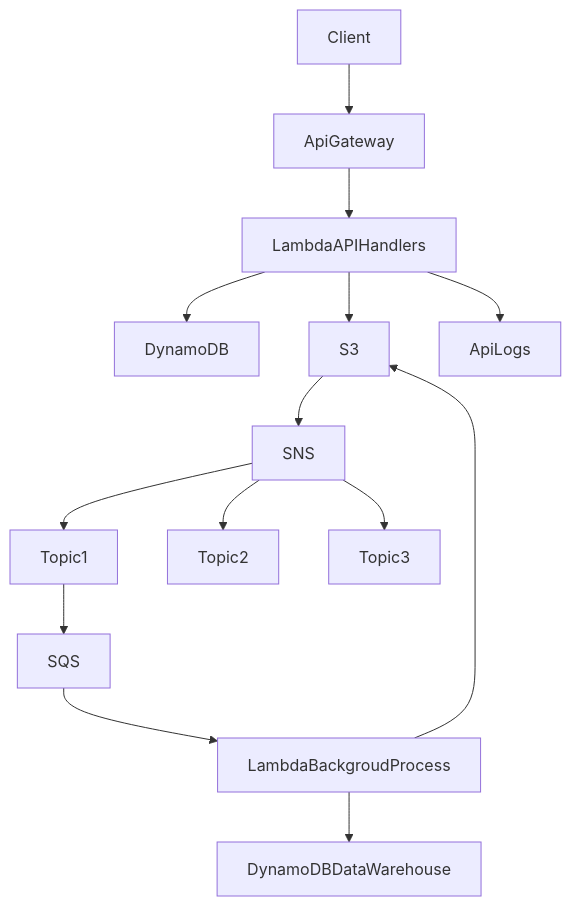
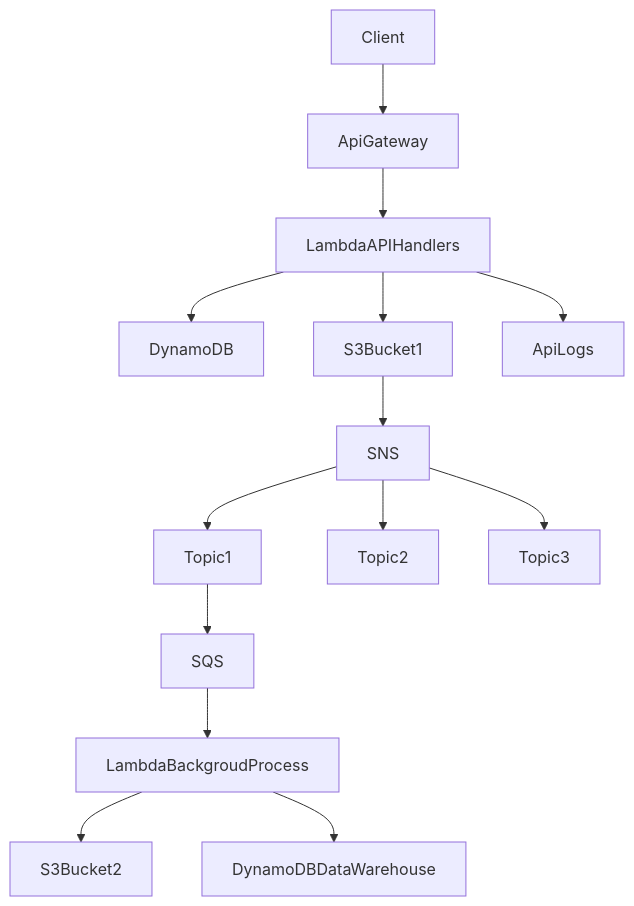
The diagram in README.md (xreyc/serverless-framework), drawn with Mermaid before and after one commit.

````diff
--- a/README.md
+++ b/README.md
@@ -10,16 +10,16 @@
 ```mermaid
 graph TD;
     Client-->ApiGateway;
     ApiGateway-->LambdaAPIHandlers;
     LambdaAPIHandlers-->DynamoDB;
-    LambdaAPIHandlers-->S3;
+    LambdaAPIHandlers-->S3Bucket1;
     LambdaAPIHandlers-->ApiLogs;
-    S3-->SNS;
+    S3Bucket1-->SNS;
     SNS-->Topic1;
     SNS-->Topic2;
     SNS-->Topic3;
     Topic1-->SQS;
     SQS-->LambdaBackgroudProcess;
-    LambdaBackgroudProcess-->S3;
+    LambdaBackgroudProcess-->S3Bucket2;
     LambdaBackgroudProcess-->DynamoDBDataWarehouse;
 ```
````
